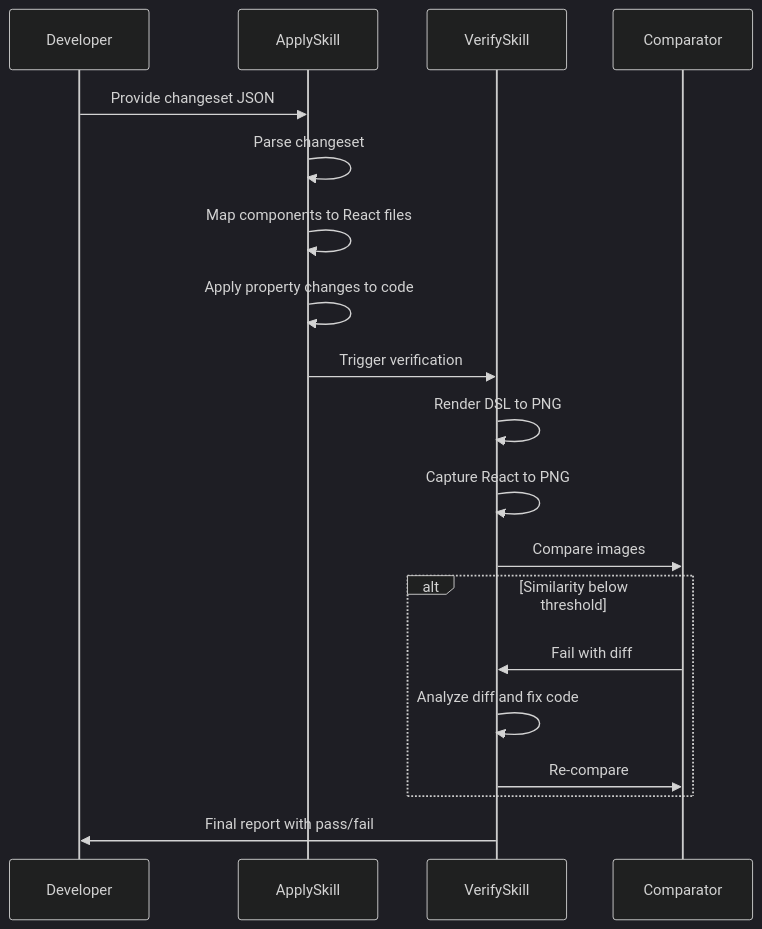
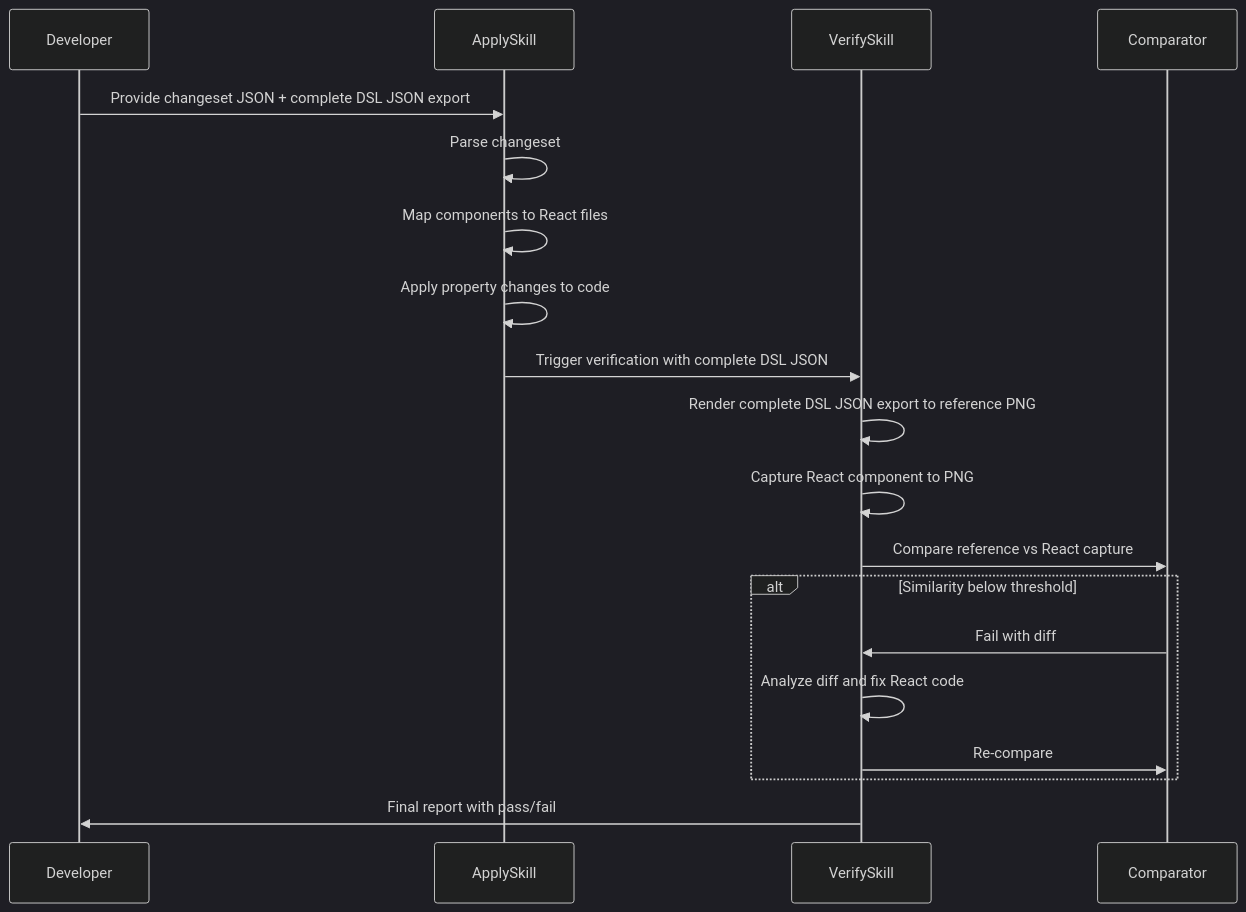
One commit to TETRA2000/figma-component-dsl changed the fourth of 5 diagrams in .kiro/specs/bidirectional-sync/design.md. Above: the diagram before and after it, drawn with Mermaid (dark theme). The commit also changed other lines of this file and 2 other files, not shown here.

First line of the commit message:
Apply design review fixes to bidirectional-sync

````diff
--- a/.kiro/specs/bidirectional-sync/design.md
+++ b/.kiro/specs/bidirectional-sync/design.md
@@ -157,22 +157,22 @@
 ```mermaid
 sequenceDiagram
     participant Developer
     participant ApplySkill
     participant VerifySkill
     participant Comparator
 
-    Developer->>ApplySkill: Provide changeset JSON
+    Developer->>ApplySkill: Provide changeset JSON + complete DSL JSON export
     ApplySkill->>ApplySkill: Parse changeset
     ApplySkill->>ApplySkill: Map components to React files
     ApplySkill->>ApplySkill: Apply property changes to code
-    ApplySkill->>VerifySkill: Trigger verification
-    VerifySkill->>VerifySkill: Render DSL to PNG
-    VerifySkill->>VerifySkill: Capture React to PNG
-    VerifySkill->>Comparator: Compare images
+    ApplySkill->>VerifySkill: Trigger verification with complete DSL JSON
+    VerifySkill->>VerifySkill: Render complete DSL JSON export to reference PNG
+    VerifySkill->>VerifySkill: Capture React component to PNG
+    VerifySkill->>Comparator: Compare reference vs React capture
     alt Similarity below threshold
         Comparator->>VerifySkill: Fail with diff
-        VerifySkill->>VerifySkill: Analyze diff and fix code
+        VerifySkill->>VerifySkill: Analyze diff and fix React code
         VerifySkill->>Comparator: Re-compare
     end
     VerifySkill->>Developer: Final report with pass/fail
 ```
````
